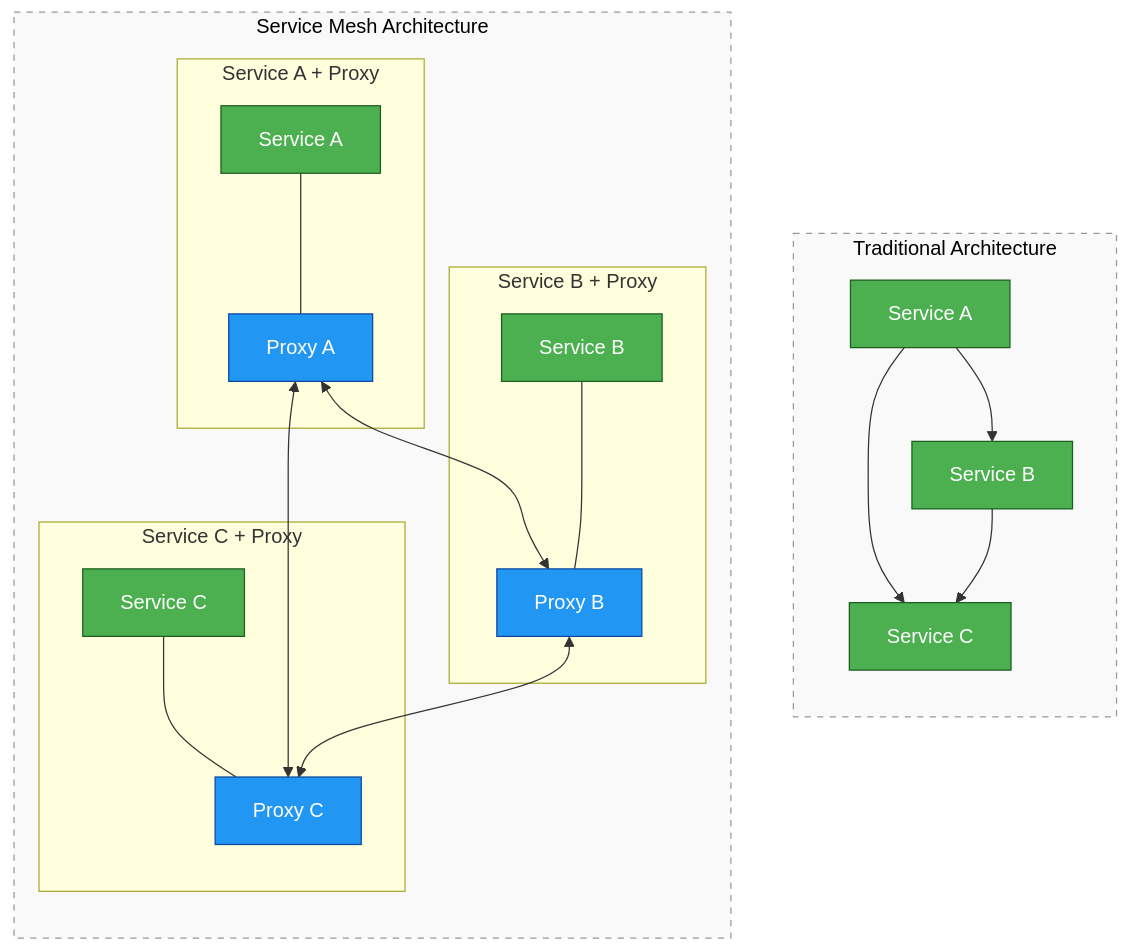
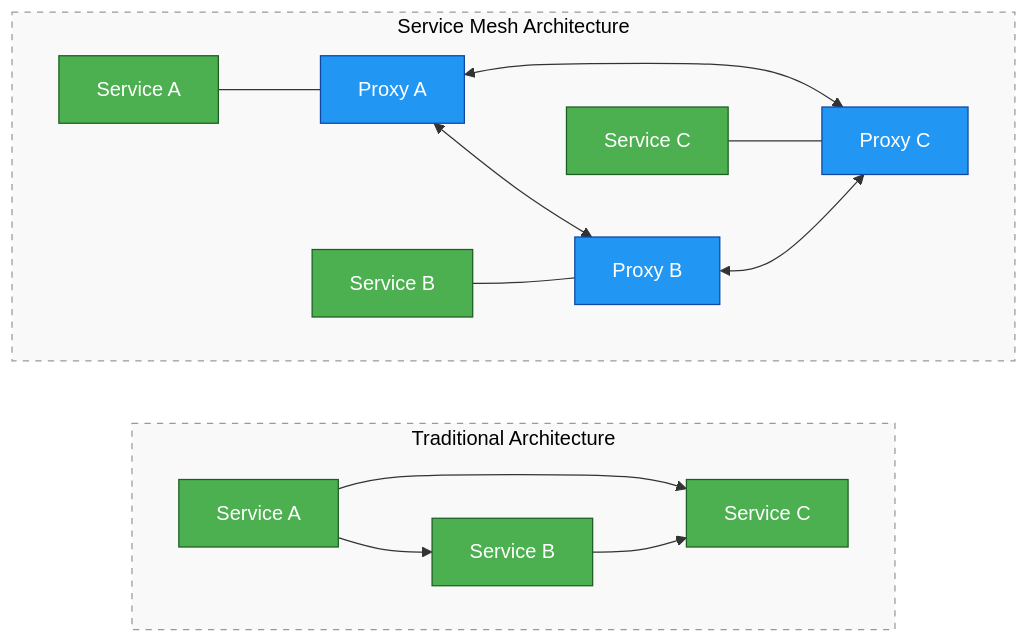
The first of 29 diagrams in Istio/01_Istio_Theory_Guide.md (sandeep-1010-cool/NTT_DATA), drawn with Mermaid before and after one commit.

````diff
--- a/Istio/01_Istio_Theory_Guide.md
+++ b/Istio/01_Istio_Theory_Guide.md
@@ -50,46 +50,32 @@
 ```mermaid
-graph TB
+graph LR
     %% Styling definitions
     classDef service fill:#4CAF50,stroke:#1B5E20,color:white
     classDef proxy fill:#2196F3,stroke:#0D47A1,color:white
     classDef title fill:#f9f9f9,stroke:#999,color:black,stroke-dasharray: 5 5
 
     %% Traditional Architecture
     subgraph Traditional["Traditional Architecture"]
-        direction TB
+        direction LR
         A1[Service A] --> B1[Service B]
         A1 --> C1[Service C]
         B1 --> C1
     end
 
     %% Service Mesh Architecture
     subgraph Mesh["Service Mesh Architecture"]
-        direction TB
-        subgraph ServiceA["Service A + Proxy"]
-            A2[Service A]
-            PA[Proxy A]
-            A2 --- PA
-        end
-        
-        subgraph ServiceB["Service B + Proxy"]
-            B2[Service B]
-            PB[Proxy B]
-            B2 --- PB
-        end
-        
-        subgraph ServiceC["Service C + Proxy"]
-            C2[Service C]
-            PC[Proxy C]
-            C2 --- PC
-        end
+        direction LR
+        A2[Service A] --- PA[Proxy A]
+        B2[Service B] --- PB[Proxy B]
+        C2[Service C] --- PC[Proxy C]
         
         PA <--> PB
         PA <--> PC
         PB <--> PC
     end
 
     %% Apply styles
     class A1,B1,C1,A2,B2,C2 service
     class PA,PB,PC proxy
     class Traditional,Mesh title
 ```
````
